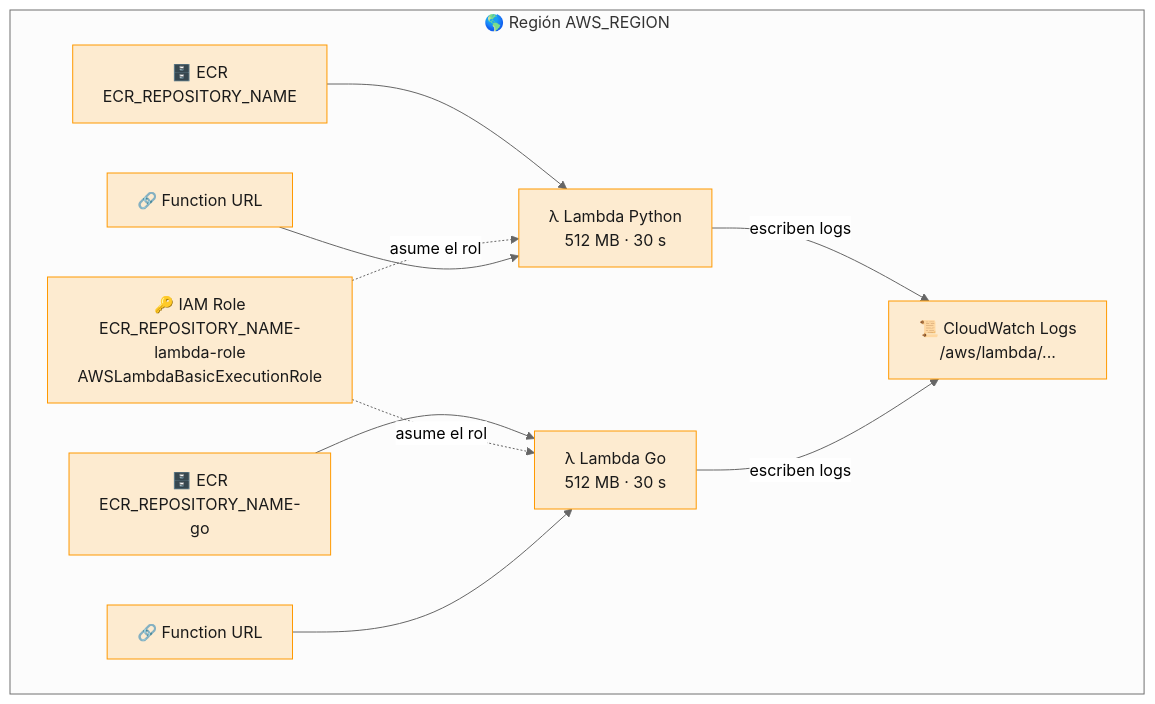
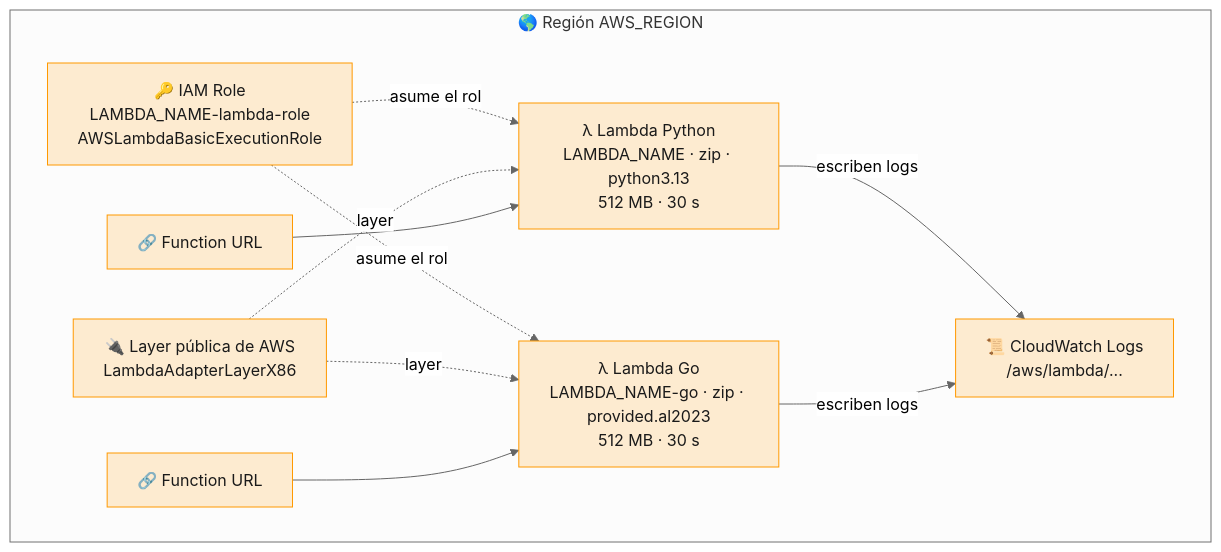
The fourth of 4 diagrams in doc/06-Infraestructura.md (yembertQC/Reto_Platform-Enginner_ED-Team), drawn with Mermaid (neutral theme) before and after one commit. The commit also changed other lines of this file and 28 other files, not shown here.

````diff
--- a/doc/06-Infraestructura.md
+++ b/doc/06-Infraestructura.md
@@ -114,23 +117,21 @@
 ```mermaid
 flowchart TB
     subgraph REG["🌎 Región AWS_REGION"]
-        ECR1["🗄️ ECR<br/>ECR_REPOSITORY_NAME"]
-        ECR2["🗄️ ECR<br/>ECR_REPOSITORY_NAME-go"]
-        ROLE["🔑 IAM Role<br/>ECR_REPOSITORY_NAME-lambda-role<br/>AWSLambdaBasicExecutionRole"]
-        L1["λ Lambda Python<br/>512 MB · 30 s"]
-        L2["λ Lambda Go<br/>512 MB · 30 s"]
+        ROLE["🔑 IAM Role<br/>LAMBDA_NAME-lambda-role<br/>AWSLambdaBasicExecutionRole"]
+        LWA["🔌 Layer pública de AWS<br/>LambdaAdapterLayerX86"]
+        L1["λ Lambda Python<br/>LAMBDA_NAME · zip · python3.13<br/>512 MB · 30 s"]
+        L2["λ Lambda Go<br/>LAMBDA_NAME-go · zip · provided.al2023<br/>512 MB · 30 s"]
         U1["🔗 Function URL"]
         U2["🔗 Function URL"]
         CW["📜 CloudWatch Logs<br/>/aws/lambda/..."]
     end
 
-    ECR1 --> L1
-    ECR2 --> L2
     ROLE -.->|"asume el rol"| L1 & L2
+    LWA -.->|"layer"| L1 & L2
     U1 --> L1
     U2 --> L2
     L1 & L2 -->|"escriben logs"| CW
 
     classDef aws fill:#FDEBD0,stroke:#FF9900,color:#1a1a1a
-    class ECR1,ECR2,ROLE,L1,L2,U1,U2,CW aws
+    class ROLE,LWA,L1,L2,U1,U2,CW aws
 ```
````
